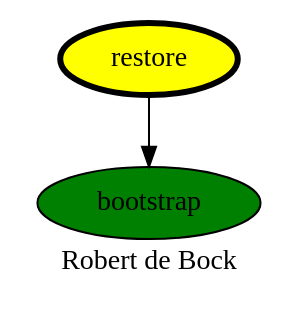
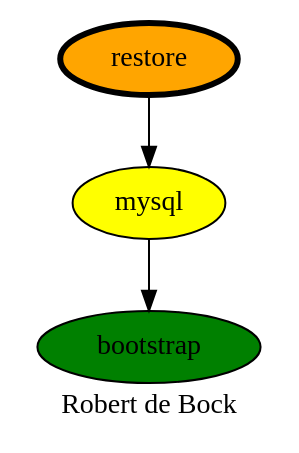
The diagram in restore.dot (robertdebock/drawings), drawn with Graphviz before and after one commit. The commit also changed 6 other files, not shown here.

```diff
--- a/restore.dot
+++ b/restore.dot
@@ -1,9 +1,11 @@
 digraph PhiloDilemma {
   label = "Robert de Bock" ;
   overlap=false
   {
     bootstrap [fillcolor=green style=filled]
-    restore [fillcolor=yellow style=filled penwidth=3]
+    mysql [fillcolor=yellow style=filled]
+    restore [fillcolor=orange style=filled penwidth=3]
   }
-  restore -> bootstrap
+  restore -> mysql
+  mysql -> bootstrap
 }
```
